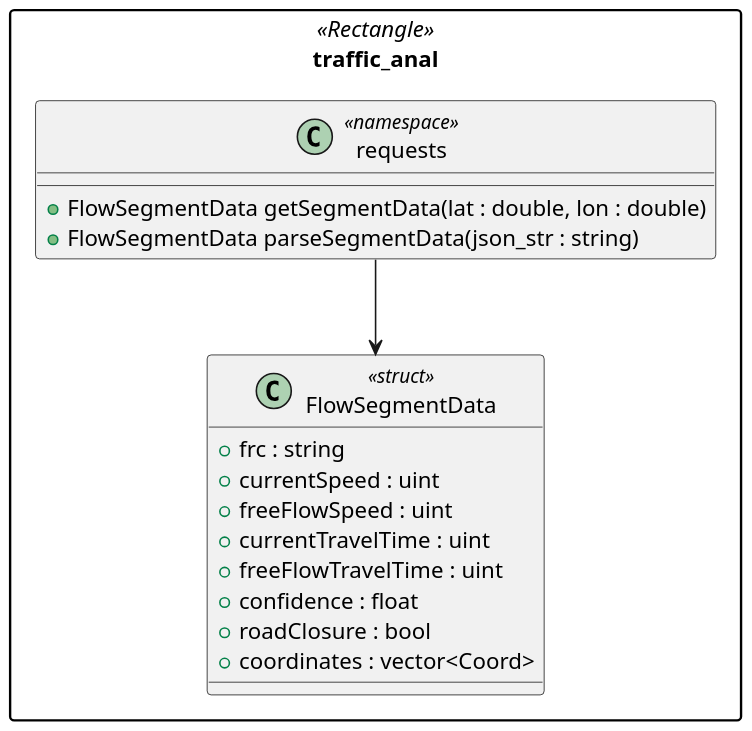
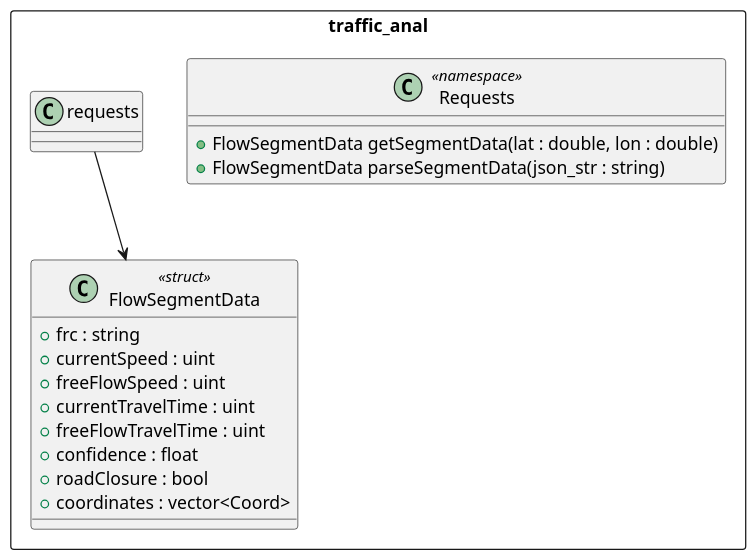
Before and after one commit to A-A-Tel/TrafficAnal-CPP: the diagram in doc/class.puml, drawn with PlantUML. The commit also changed 14 other files, not shown here.

```diff
--- a/doc/class.puml
+++ b/doc/class.puml
@@ -1,25 +1,26 @@
 @startuml
 scale 750 width
 set separator ::
 
-namespace traffic_anal <<Rectangle>> {}
+namespace traffic_anal <<Rectangle>> {
 
-class traffic_anal::requests <<namespace>> {
-    +FlowSegmentData getSegmentData(lat : double, lon : double)
-    +FlowSegmentData parseSegmentData(json_str : string)
-}
+    class Requests <<namespace>> {
+        +FlowSegmentData getSegmentData(lat : double, lon : double)
+        +FlowSegmentData parseSegmentData(json_str : string)
+    }
 
-class traffic_anal::FlowSegmentData <<struct>> {
-    +frc : string
-    +currentSpeed : uint
-    +freeFlowSpeed : uint
-    +currentTravelTime : uint
-    +freeFlowTravelTime : uint
-    +confidence : float
-    +roadClosure : bool
-    +coordinates : vector<Coord>
+    class FlowSegmentData <<struct>> {
+        +frc : string
+        +currentSpeed : uint
+        +freeFlowSpeed : uint
+        +currentTravelTime : uint
+        +freeFlowTravelTime : uint
+        +confidence : float
+        +roadClosure : bool
+        +coordinates : vector<Coord>
+    }
 }
 
 traffic_anal::requests --> traffic_anal::FlowSegmentData
 
 @enduml
```
